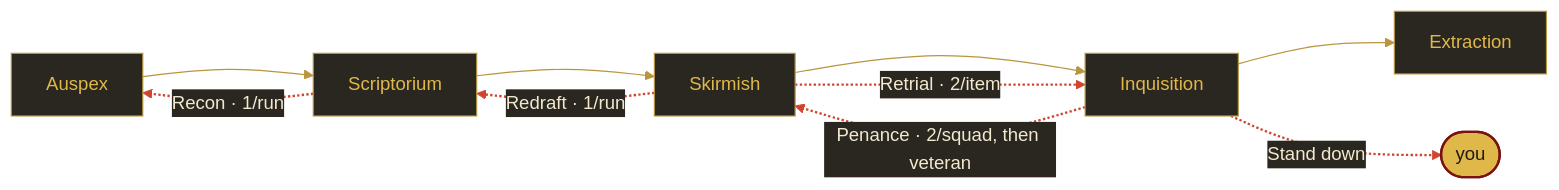
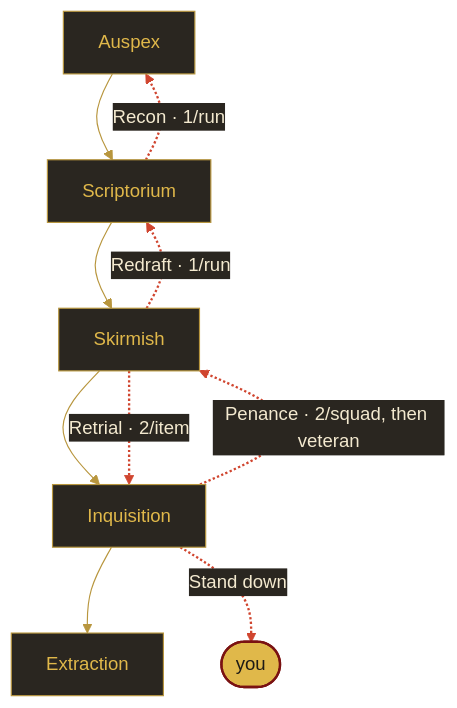
The second of 2 diagrams in README.md (frandev94/strategium), drawn with Mermaid before and after one commit. The commit also changed 1 other file, not shown here.

Commit message:
docs(readme): vertical going-back diagram

````diff
--- a/README.md
+++ b/README.md
@@ -96,15 +96,15 @@
 ```mermaid
 %%{init: {"theme": "base", "themeVariables": {"lineColor": "#b8963e", "edgeLabelBackground": "#2a2620", "textColor": "#f3e9cf", "fontFamily": "Georgia, serif"}}}%%
-flowchart LR
+flowchart TB
   A["Auspex"] --> S["Scriptorium"] --> K["Skirmish"] --> I["Inquisition"] --> X["Extraction"]
   S -.->|"Recon · 1/run"| A
   K -.->|"Redraft · 1/run"| S
   I -.->|"Penance · 2/squad, then veteran"| K
   K -.->|"Retrial · 2/item"| I
   I -.->|"Stand down"| Y(["you"])
   classDef station fill:#2a2620,stroke:#b8963e,color:#e0b84a
   classDef you fill:#e0b84a,stroke:#7a1212,stroke-width:2px,color:#1e1b16
   class A,S,K,I,X station
   class Y you
   linkStyle 4,5,6,7,8 stroke:#d0452f,stroke-width:2px,color:#f3e9cf
 ```
````
